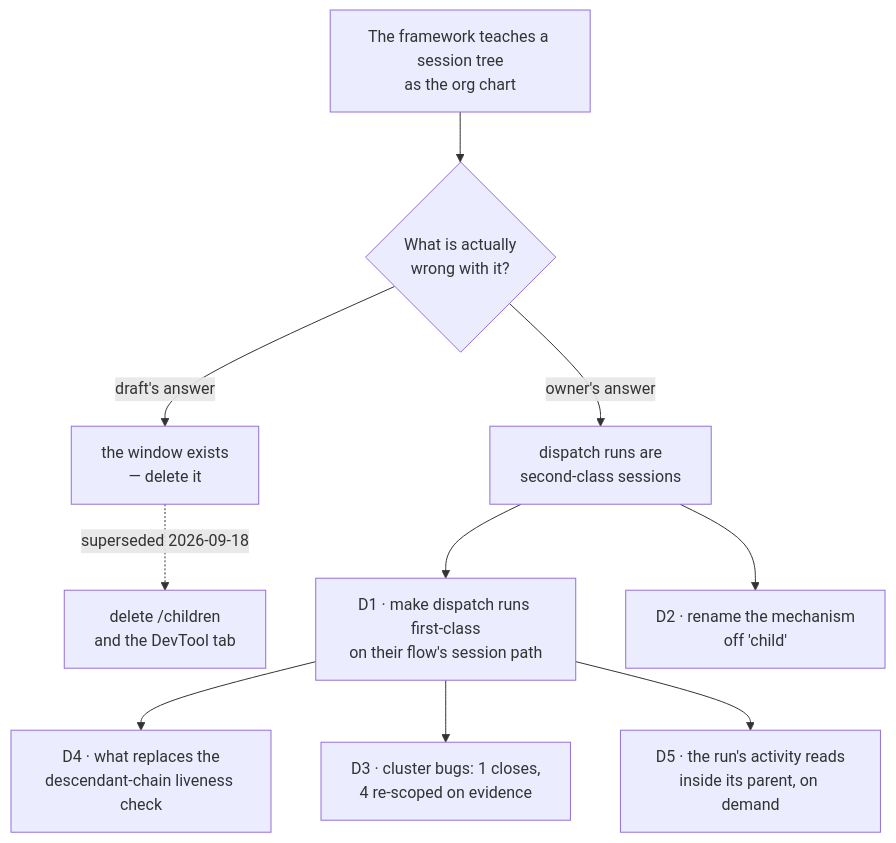
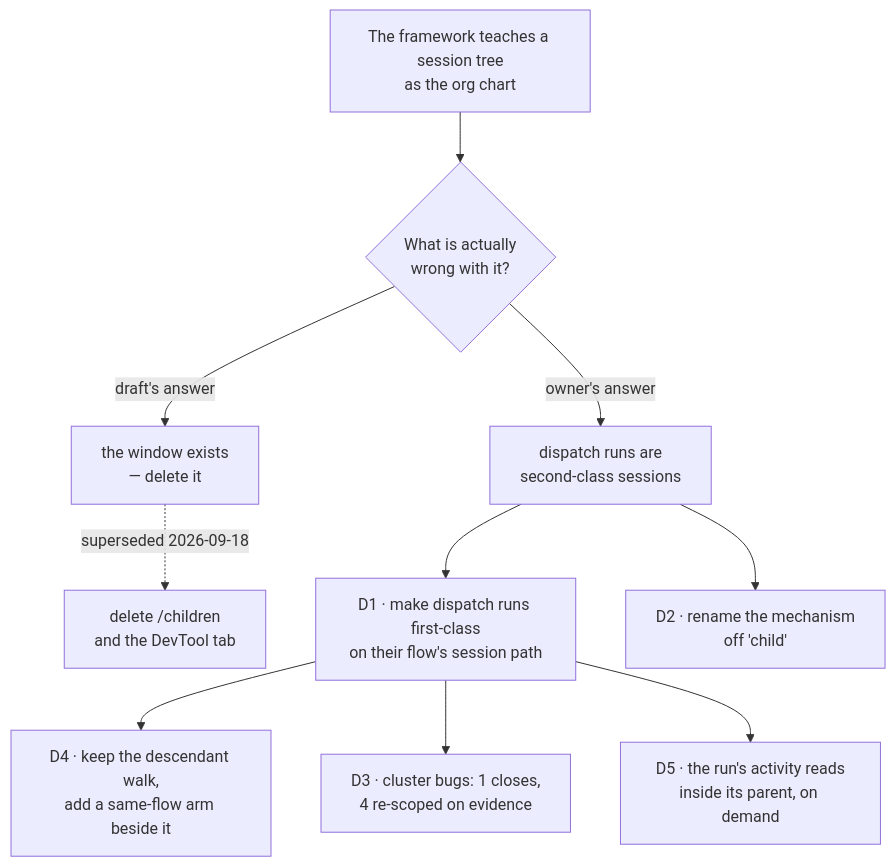
The diagram in spec/FIX-1440/DECISIONS.md (fixpoint-labs/flow-state-dev), drawn with Mermaid before and after one commit. The commit also changed other lines of this file and 3 other files, not shown here.

````diff
--- a/spec/FIX-1440/DECISIONS.md
+++ b/spec/FIX-1440/DECISIONS.md
@@ -3,12 +3,12 @@
 ```mermaid
 flowchart TD
   I["The framework teaches a session tree<br/>as the org chart"] --> Q{"What is actually<br/>wrong with it?"}
   Q -->|"draft's answer"| X["the window exists<br/>— delete it"]
   Q -->|"owner's answer"| S["dispatch runs are<br/>second-class sessions"]
   X -.->|"superseded 2026-09-18"| Z["delete /children<br/>and the DevTool tab"]
   S --> D1["D1 · make dispatch runs first-class<br/>on their flow's session path"]
   S --> D2["D2 · rename the mechanism<br/>off 'child'"]
-  D1 --> D4["D4 · what replaces the<br/>descendant-chain liveness check"]
+  D1 --> D4["D4 · keep the descendant walk,<br/>add a same-flow arm beside it"]
   D1 --> D3["D3 · cluster bugs: 1 closes,<br/>4 re-scoped on evidence"]
   D1 --> D5["D5 · the run's activity reads<br/>inside its parent, on demand"]
 ```
````
